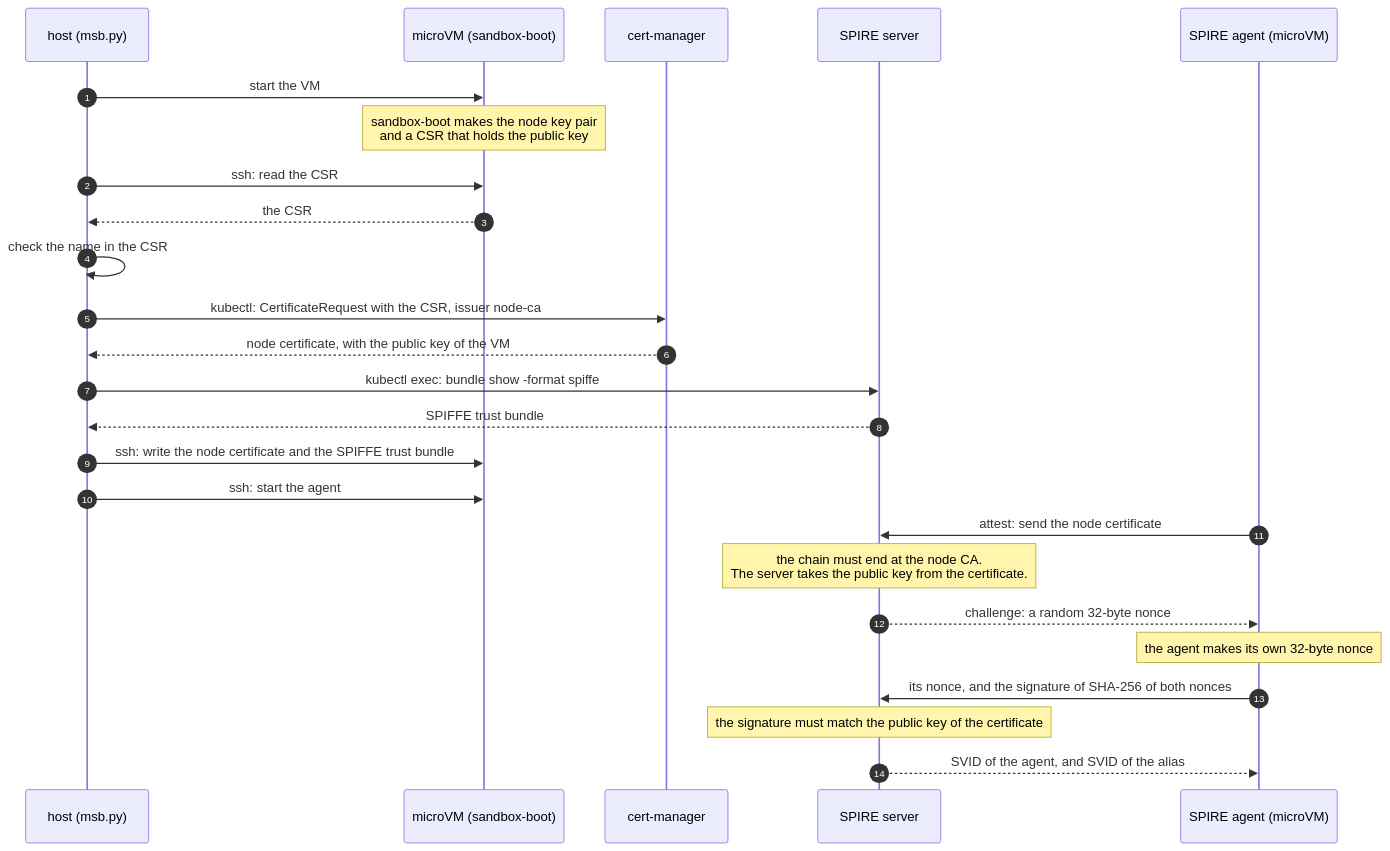
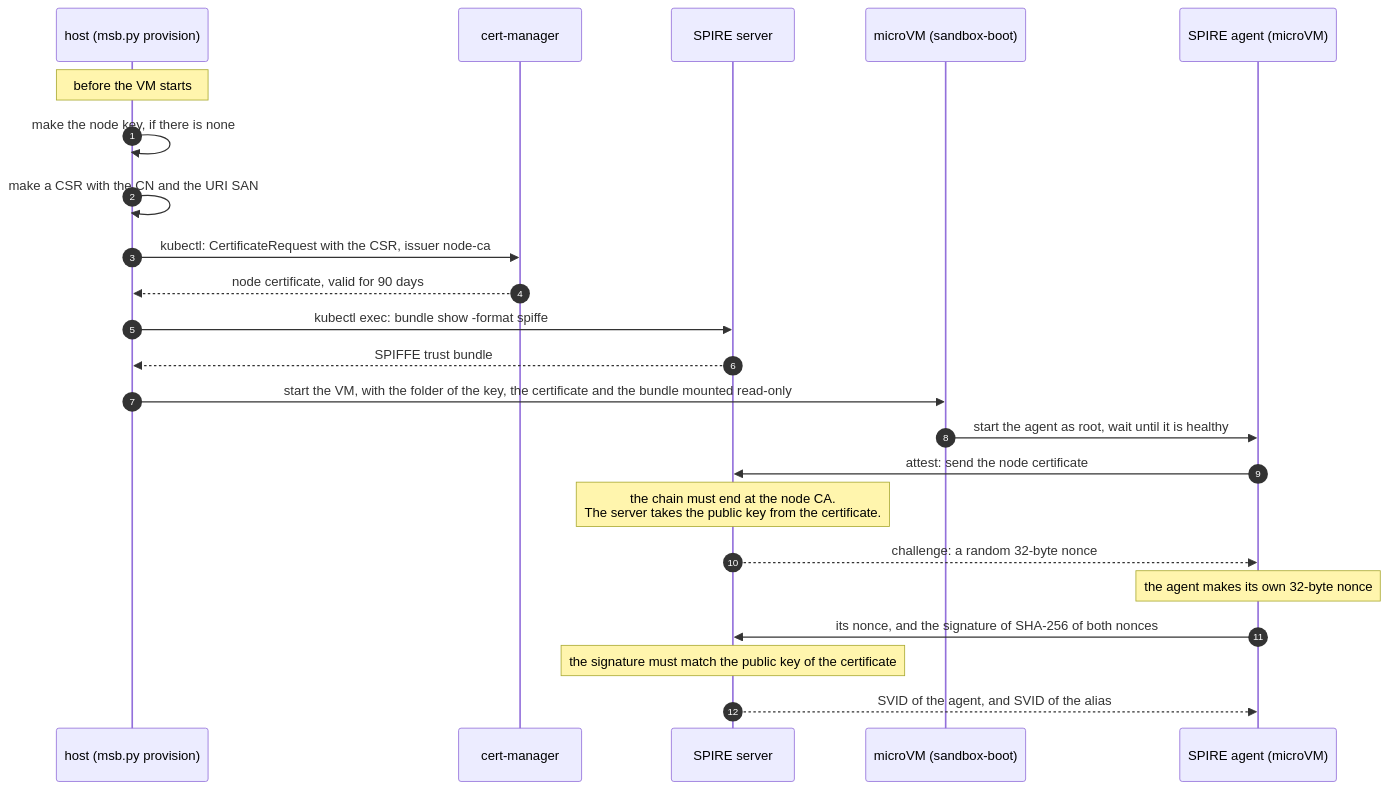
The second of 3 diagrams in code/mcp-sandbox/part-3-mcp-guardrails/docs/zero-trust-node-attestation.md (raghav19/engineersdaybook), drawn with Mermaid before and after one commit. The commit also changed other lines of this file and 9 other files, not shown here.

First line of the commit message:
msb: make the node identity on the host before the VM starts

````diff
--- a/code/mcp-sandbox/part-3-mcp-guardrails/docs/zero-trust-node-attestation.md
+++ b/code/mcp-sandbox/part-3-mcp-guardrails/docs/zero-trust-node-attestation.md
@@ -80,28 +80,26 @@
 ```mermaid
 sequenceDiagram
     autonumber
-    participant H as host (msb.py)
-    participant M as microVM (sandbox-boot)
+    participant H as host (msb.py provision)
     participant K as cert-manager
     participant S as SPIRE server
+    participant M as microVM (sandbox-boot)
     participant A as SPIRE agent (microVM)
 
-    H->>M: start the VM
-    Note over M: sandbox-boot makes the node key pair<br/>and a CSR that holds the public key
-    H->>M: ssh: read the CSR
-    M-->>H: the CSR
-    H->>H: check the name in the CSR
+    Note over H: before the VM starts
+    H->>H: make the node key, if there is none
+    H->>H: make a CSR with the CN and the URI SAN
     H->>K: kubectl: CertificateRequest with the CSR, issuer node-ca
-    K-->>H: node certificate, with the public key of the VM
+    K-->>H: node certificate, valid for 90 days
     H->>S: kubectl exec: bundle show -format spiffe
     S-->>H: SPIFFE trust bundle
-    H->>M: ssh: write the node certificate and the SPIFFE trust bundle
-    H->>M: ssh: start the agent
+    H->>M: start the VM, with the folder of the key, the certificate and the bundle mounted read-only
+    M->>A: start the agent as root, wait until it is healthy
     A->>S: attest: send the node certificate
     Note over S: the chain must end at the node CA.<br/>The server takes the public key from the certificate.
     S-->>A: challenge: a random 32-byte nonce
     Note over A: the agent makes its own 32-byte nonce
     A->>S: its nonce, and the signature of SHA-256 of both nonces
     Note over S: the signature must match the public key of the certificate
     S-->>A: SVID of the agent, and SVID of the alias
 ```
````
